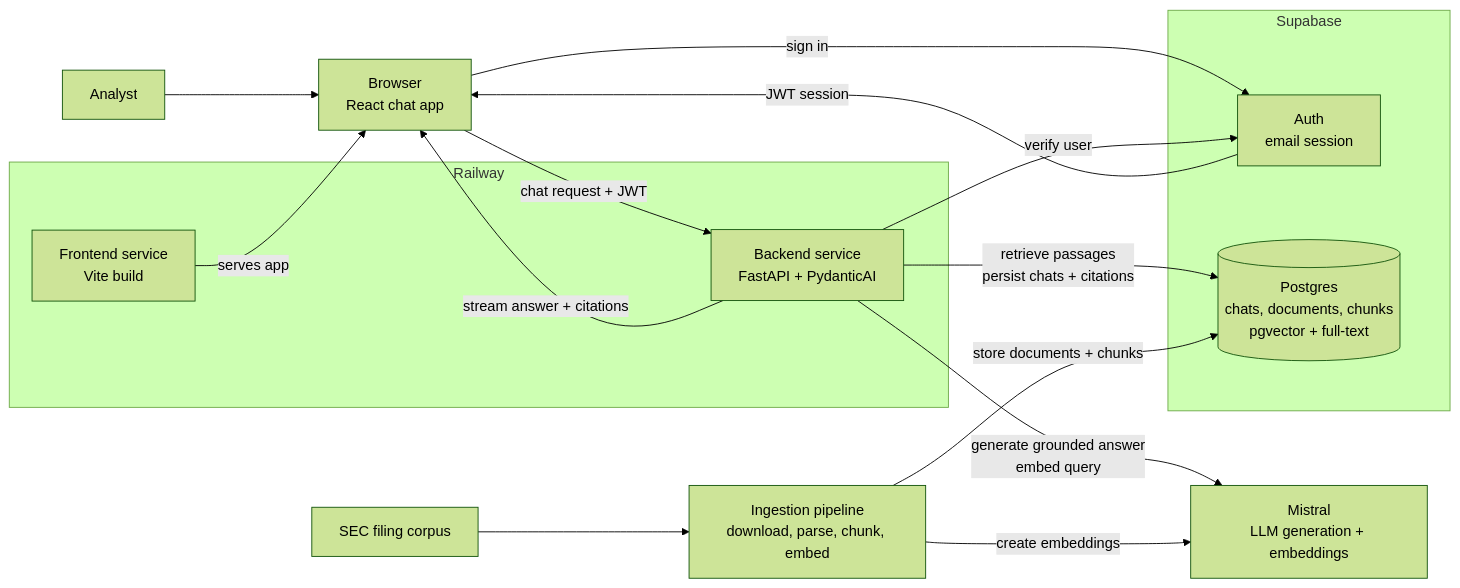
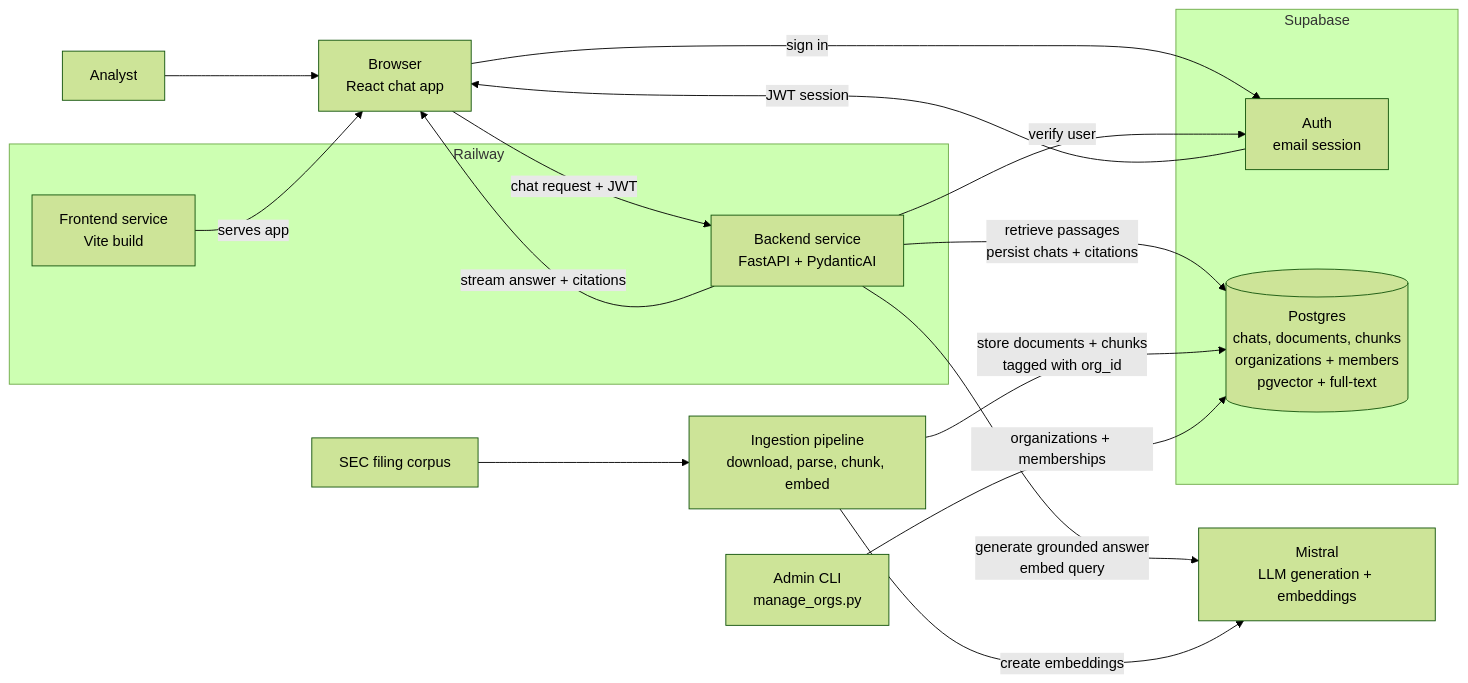
One commit to capybabruh/Agentic-RAG-system-for-querying-SEC-filings changed the first of 3 diagrams in docs/architecture.md. Above: the diagram before and after it, drawn with Mermaid (forest theme). The commit also changed other lines of this file and 5 other files, not shown here.

````diff
--- a/docs/architecture.md
+++ b/docs/architecture.md
@@ -13,31 +13,33 @@
 ```mermaid
 flowchart LR
     user[Analyst] --> browser[Browser<br/>React chat app]
 
     subgraph railway[Railway]
         frontend[Frontend service<br/>Vite build]
         backend[Backend service<br/>FastAPI + PydanticAI]
     end
 
     subgraph supabase[Supabase]
         auth[Auth<br/>email session]
-        db[(Postgres<br/>chats, documents, chunks<br/>pgvector + full-text)]
+        db[(Postgres<br/>chats, documents, chunks<br/>organizations + members<br/>pgvector + full-text)]
     end
 
     mistral[Mistral<br/>LLM generation + embeddings]
     corpus[SEC filing corpus]
     ingestion[Ingestion pipeline<br/>download, parse, chunk, embed]
+    admin[Admin CLI<br/>manage_orgs.py]
 
     frontend -->|serves app| browser
     browser -->|sign in| auth
     auth -->|JWT session| browser
     browser -->|chat request + JWT| backend
     backend -->|verify user| auth
     backend -->|retrieve passages<br/>persist chats + citations| db
     backend -->|generate grounded answer<br/>embed query| mistral
     backend -->|stream answer + citations| browser
 
     corpus --> ingestion
     ingestion -->|create embeddings| mistral
-    ingestion -->|store documents + chunks| db
+    ingestion -->|store documents + chunks<br/>tagged with org_id| db
+    admin -->|organizations + memberships| db
 ```
````
